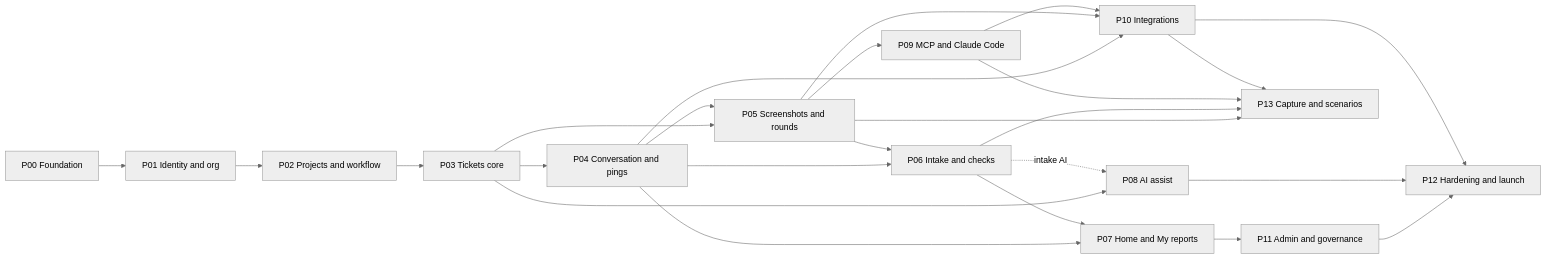
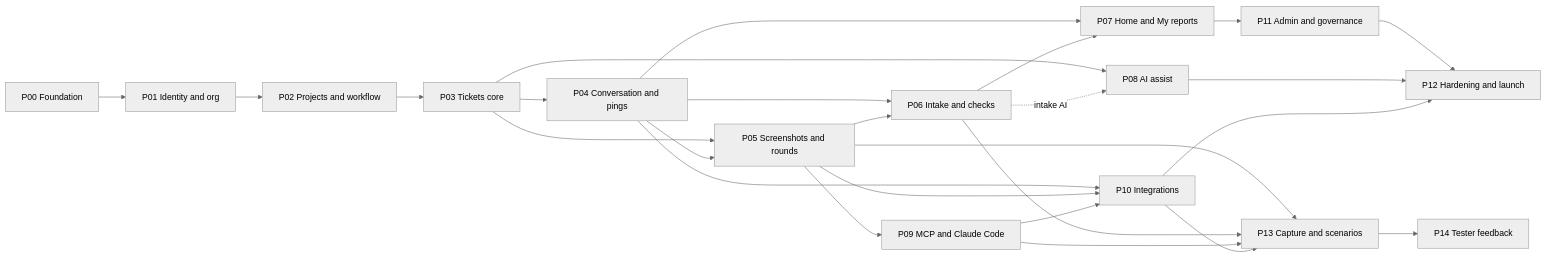
The diagram in docs/05-plan/README.md (Mir-Zairan/pinround-symfony), drawn with Mermaid (neutral theme) before and after one commit. The commit also changed other lines of this file and 3 other files, not shown here.

````diff
--- a/docs/05-plan/README.md
+++ b/docs/05-plan/README.md
@@ -61,27 +62,28 @@
 ```mermaid
 flowchart LR
   P00[P00 Foundation] --> P01[P01 Identity and org]
   P01 --> P02[P02 Projects and workflow]
   P02 --> P03[P03 Tickets core]
   P03 --> P04[P04 Conversation and pings]
   P03 --> P05[P05 Screenshots and rounds]
   P04 --> P05
   P03 --> P08[P08 AI assist]
   P04 --> P06[P06 Intake and checks]
   P05 --> P06
   P05 --> P09[P09 MCP and Claude Code]
   P04 --> P07[P07 Home and My reports]
   P06 --> P07
   P06 -.intake AI.-> P08
   P04 --> P10[P10 Integrations]
   P05 --> P10
   P09 --> P10
   P07 --> P11[P11 Admin and governance]
   P11 --> P12[P12 Hardening and launch]
   P08 --> P12
   P10 --> P12
   P05 --> P13[P13 Capture and scenarios]
   P06 --> P13
   P09 --> P13
   P10 --> P13
+  P13 --> P14[P14 Tester feedback]
 ```
````
